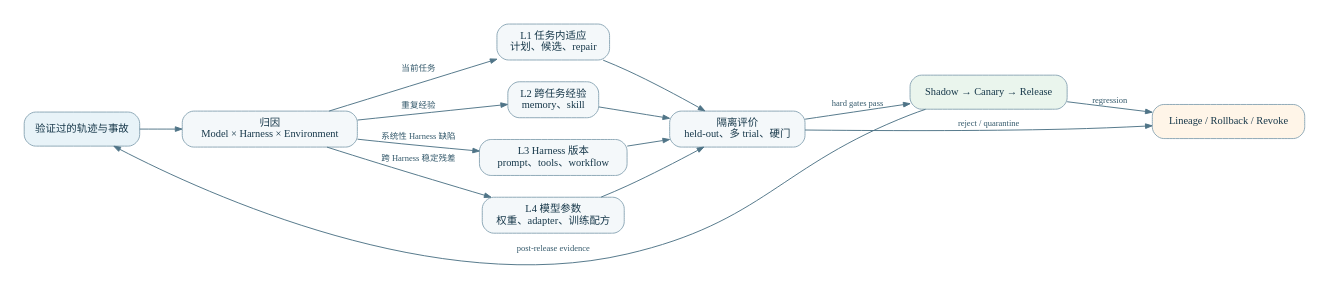
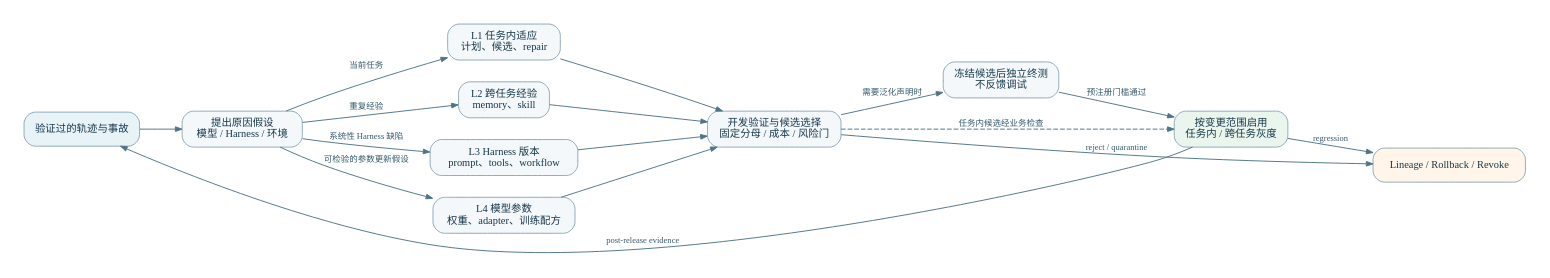
One commit to LENSHOOD/agent-harness-book changed the diagram in site/docs/assets/diagrams/src/four-layer-evolution.dot. Above: the diagram before and after it, drawn with Graphviz. The commit also changed 2385 other files, not shown here.

```diff
--- a/site/docs/assets/diagrams/src/four-layer-evolution.dot
+++ b/site/docs/assets/diagrams/src/four-layer-evolution.dot
@@ -1,26 +1,29 @@
 digraph G {
   graph [rankdir=LR, bgcolor="white", pad=0.25, nodesep=0.32, ranksep=0.6, fontname="PingFang SC"];
   node [shape=box, style="rounded,filled", fontname="PingFang SC", fontsize=11, color="#8BA7B5", fillcolor="#F4F8FA", fontcolor="#17384A", margin="0.14,0.10"];
   edge [fontname="PingFang SC", fontsize=9, color="#4F7487", fontcolor="#34596B", arrowsize=0.7];
 
   observe [label="验证过的轨迹与事故", fillcolor="#E8F3F8"];
-  attribute [label="归因\nModel × Harness × Environment"];
+  attribute [label="提出原因假设\n模型 / Harness / 环境"];
   l1 [label="L1 任务内适应\n计划、候选、repair"];
   l2 [label="L2 跨任务经验\nmemory、skill"];
   l3 [label="L3 Harness 版本\nprompt、tools、workflow"];
   l4 [label="L4 模型参数\n权重、adapter、训练配方"];
-  eval [label="隔离评价\nheld-out、多 trial、硬门"];
-  release [label="Shadow → Canary → Release", fillcolor="#EAF5ED"];
+  eval [label="开发验证与候选选择\n固定分母 / 成本 / 风险门"];
+  final [label="冻结候选后独立终测\n不反馈调试"];
+  release [label="按变更范围启用\n任务内 / 跨任务灰度", fillcolor="#EAF5ED"];
   rollback [label="Lineage / Rollback / Revoke", fillcolor="#FFF5E8"];
 
   observe -> attribute;
   attribute -> l1 [label="当前任务"];
   attribute -> l2 [label="重复经验"];
   attribute -> l3 [label="系统性 Harness 缺陷"];
-  attribute -> l4 [label="跨 Harness 稳定残差"];
+  attribute -> l4 [label="可检验的参数更新假设"];
   l1 -> eval; l2 -> eval; l3 -> eval; l4 -> eval;
-  eval -> release [label="hard gates pass"];
+  eval -> final [label="需要泛化声明时"];
+  final -> release [label="预注册门槛通过"];
+  eval -> release [label="任务内候选经业务检查", style=dashed];
   eval -> rollback [label="reject / quarantine"];
   release -> observe [label="post-release evidence", constraint=false];
   release -> rollback [label="regression"];
 }
```
